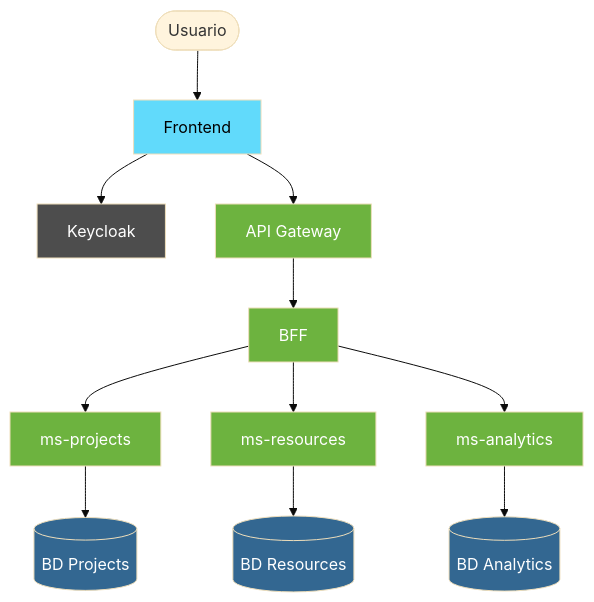
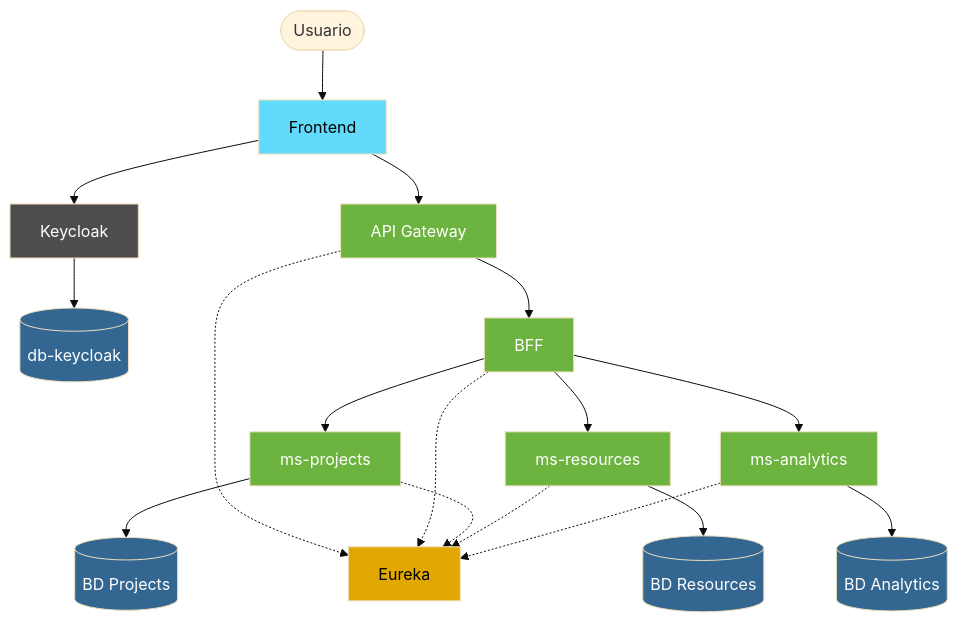
Before and after one commit to najescobar-ui/innovatechSolutionNEEP_FS: the first of 8 diagrams in README.md, drawn with Mermaid (base theme).

Commit message:
Documentacion README

````diff
--- a/README.md
+++ b/README.md
@@ -64,36 +64,47 @@
 ```mermaid
 graph TB
     User([Usuario])
     FE[Frontend]
     KC[Keycloak]
+    DBKC[(db-keycloak)]
     GW[API Gateway]
     BFF[BFF]
+    EUREKA[Eureka]
     MSP[ms-projects]
     MSR[ms-resources]
     MSA[ms-analytics]
     DBP[(BD Projects)]
     DBR[(BD Resources)]
     DBA[(BD Analytics)]
 
     User --> FE
     FE --> GW
     FE --> KC
+    KC --> DBKC
     GW --> BFF
     BFF --> MSP
     BFF --> MSR
     BFF --> MSA
     MSP --> DBP
     MSR --> DBR
     MSA --> DBA
 
+    GW -.-> EUREKA
+    BFF -.-> EUREKA
+    MSP -.-> EUREKA
+    MSR -.-> EUREKA
+    MSA -.-> EUREKA
+
     style FE fill:#61DAFB,color:#000
     style KC fill:#4D4D4D,color:#fff
     style GW fill:#6DB33F,color:#fff
     style BFF fill:#6DB33F,color:#fff
+    style EUREKA fill:#E0A800,color:#000
     style MSP fill:#6DB33F,color:#fff
     style MSR fill:#6DB33F,color:#fff
     style MSA fill:#6DB33F,color:#fff
     style DBP fill:#336791,color:#fff
     style DBR fill:#336791,color:#fff
     style DBA fill:#336791,color:#fff
+    style DBKC fill:#336791,color:#fff
 ```
````
